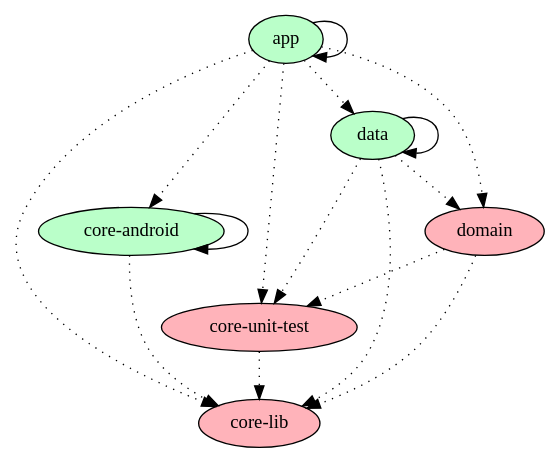
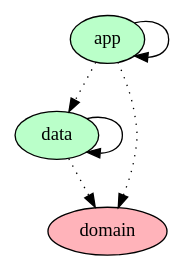
One commit to huuphuoc1396/AndroidCleanArchitecture changed the diagram in dependency-graph/project.dot. Above: the diagram before and after it, drawn with Graphviz. The commit also changed 1 other file, not shown here.

Commit message:
Update app dependencies graph

```diff
--- a/dependency-graph/project.dot
+++ b/dependency-graph/project.dot
@@ -1,34 +1,21 @@
 digraph {
   graph [labelloc=t,fontsize=30,ranksep=0.5];
   node [style=filled, fillcolor="#bbbbbb"];
   rankdir=TB;
 
   # Projects
 
   "app" [fillcolor="#baffc9"];
-  "core-android" [fillcolor="#baffc9"];
-  "core-lib" [fillcolor="#ffb3ba"];
-  "core-unit-test" [fillcolor="#ffb3ba"];
   "data" [fillcolor="#baffc9"];
   "domain" [fillcolor="#ffb3ba"];
 
   {rank = same;}
 
   # Dependencies
 
   "app" -> "app"
   "app" -> "data" [style=dotted]
   "app" -> "domain" [style=dotted]
-  "app" -> "core-lib" [style=dotted]
-  "app" -> "core-android" [style=dotted]
-  "app" -> "core-unit-test" [style=dotted]
   "data" -> "data"
   "data" -> "domain" [style=dotted]
-  "data" -> "core-lib" [style=dotted]
-  "data" -> "core-unit-test" [style=dotted]
-  "domain" -> "core-lib" [style=dotted]
-  "domain" -> "core-unit-test" [style=dotted]
-  "core-android" -> "core-android"
-  "core-android" -> "core-lib" [style=dotted]
-  "core-unit-test" -> "core-lib" [style=dotted]
 }
```
